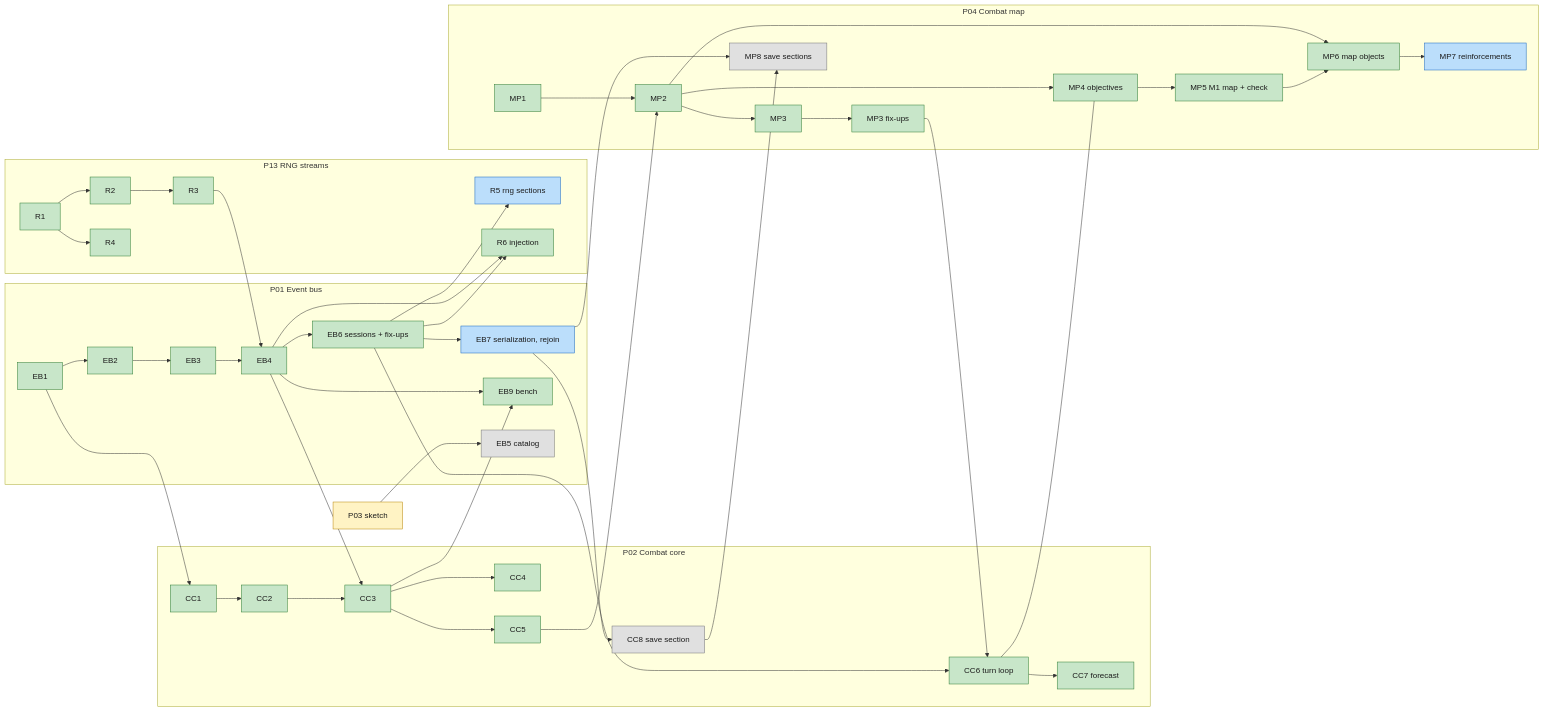
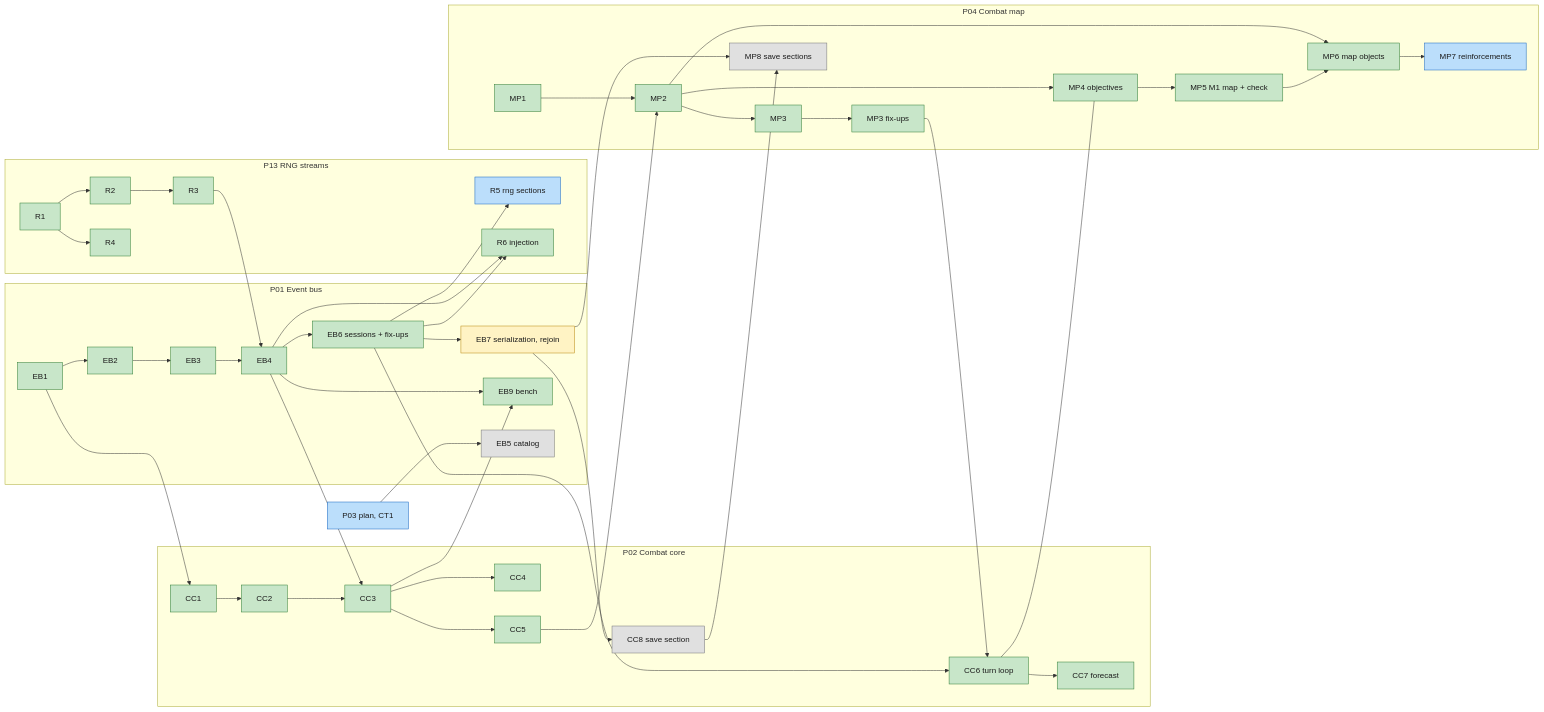
One commit to DevinHMurphy/bandit-bash changed the second of 2 diagrams in docs/plans/game-orchestrator.md. Above: the diagram before and after it, drawn with Mermaid. The commit also changed other lines of this file and 1 other file, not shown here.

Commit message:
Draft P03 (content catalog); record answers 1-9; EB7 back to ready

````diff
--- a/docs/plans/game-orchestrator.md
+++ b/docs/plans/game-orchestrator.md
@@ -169,59 +169,59 @@
 ```mermaid
 flowchart LR
   subgraph P13[P13 RNG streams]
     R1 --> R2 --> R3
     R1 --> R4
     R5[R5 rng sections]
     R6[R6 injection]
   end
   subgraph P01[P01 Event bus]
     EB1 --> EB2 --> EB3 --> EB4
     EB4 --> EB6[EB6 sessions + fix-ups]
     EB6 --> EB7[EB7 serialization, rejoin]
     EB4 --> EB9[EB9 bench]
     EB5[EB5 catalog]
   end
   subgraph P02[P02 Combat core]
     CC1 --> CC2 --> CC3
     CC3 --> CC4
     CC3 --> CC5
     CC6[CC6 turn loop]
     CC7[CC7 forecast]
     CC8[CC8 save section]
     CC6 --> CC7
   end
   subgraph P04[P04 Combat map]
     MP1 --> MP2 --> MP3
     MP3 --> MP3F[MP3 fix-ups]
     MP3F --> CC6
     MP2 --> MP4[MP4 objectives]
     MP4 --> MP5[MP5 M1 map + check]
     MP2 --> MP6[MP6 map objects]
     MP5 --> MP6
     MP6 --> MP7[MP7 reinforcements]
     MP8[MP8 save sections]
   end
-  P03S[P03 sketch] --> EB5
+  P03S[P03 plan, CT1] --> EB5
   R3 --> EB4
   EB1 --> CC1
   EB4 --> CC3
   CC3 --> EB9
   CC5 --> MP2
   EB6 --> CC6
   CC6 --- MP4
   EB6 --> R5
   EB4 --> R6
   EB6 --> R6
   EB7 --> CC8
   EB7 --> MP8
   CC8 --> MP8
 
   classDef done fill:#c8e6c9,stroke:#2e7d32,color:#1b1b1b
   classDef active fill:#bbdefb,stroke:#1565c0,color:#1b1b1b
   classDef ready fill:#fff3c4,stroke:#b8860b,color:#1b1b1b
   classDef waiting fill:#e0e0e0,stroke:#757575,color:#1b1b1b
   class R1,R2,R3,R4,R6,EB1,EB2,EB3,EB4,EB6,EB9,CC1,CC2,CC3,CC4,CC5,CC6,CC7,MP1,MP2,MP3,MP3F,MP4,MP5,MP6 done
-  class R5,EB7,MP7 active
-  class P03S ready
+  class R5,MP7,P03S active
+  class EB7 ready
   class EB5,CC8,MP8 waiting
 ```
````
